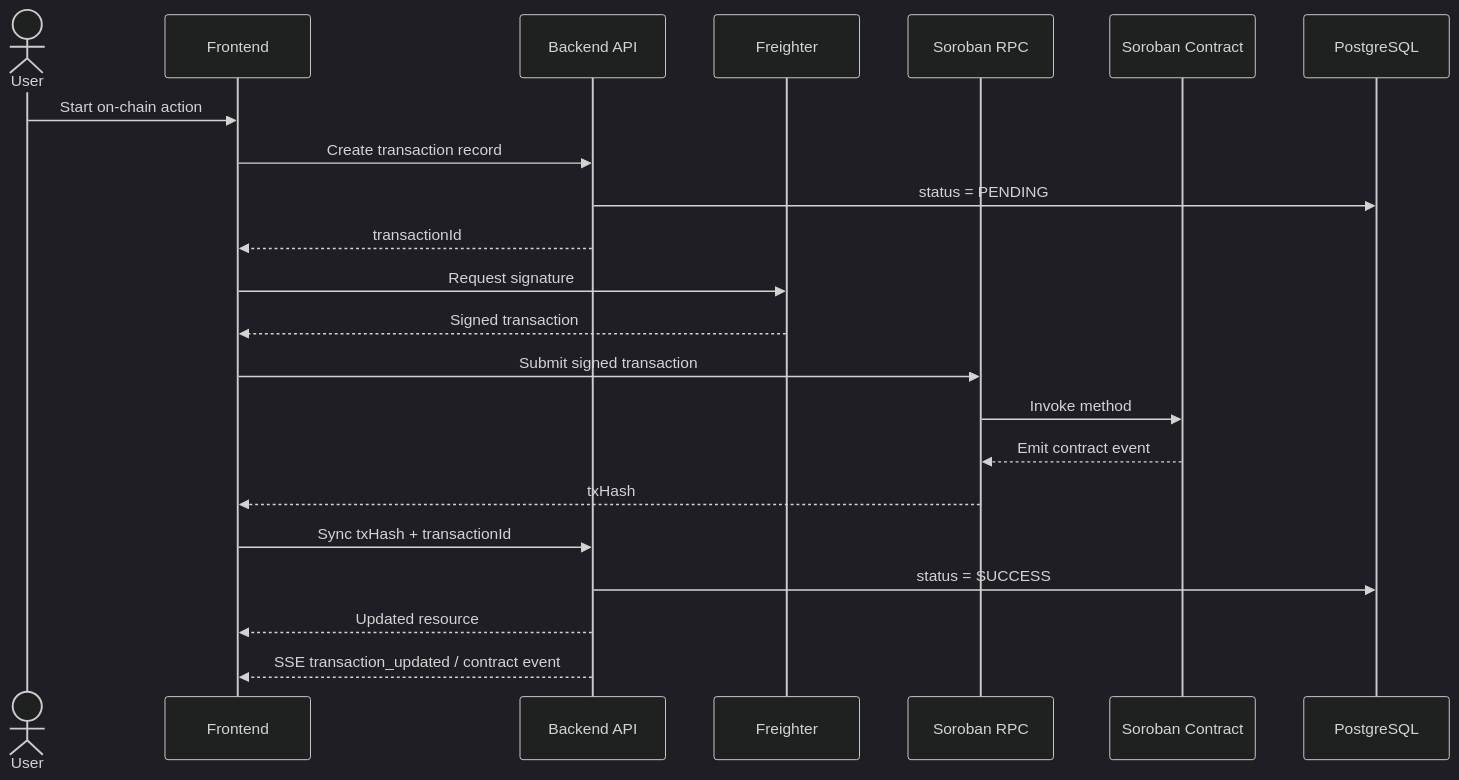
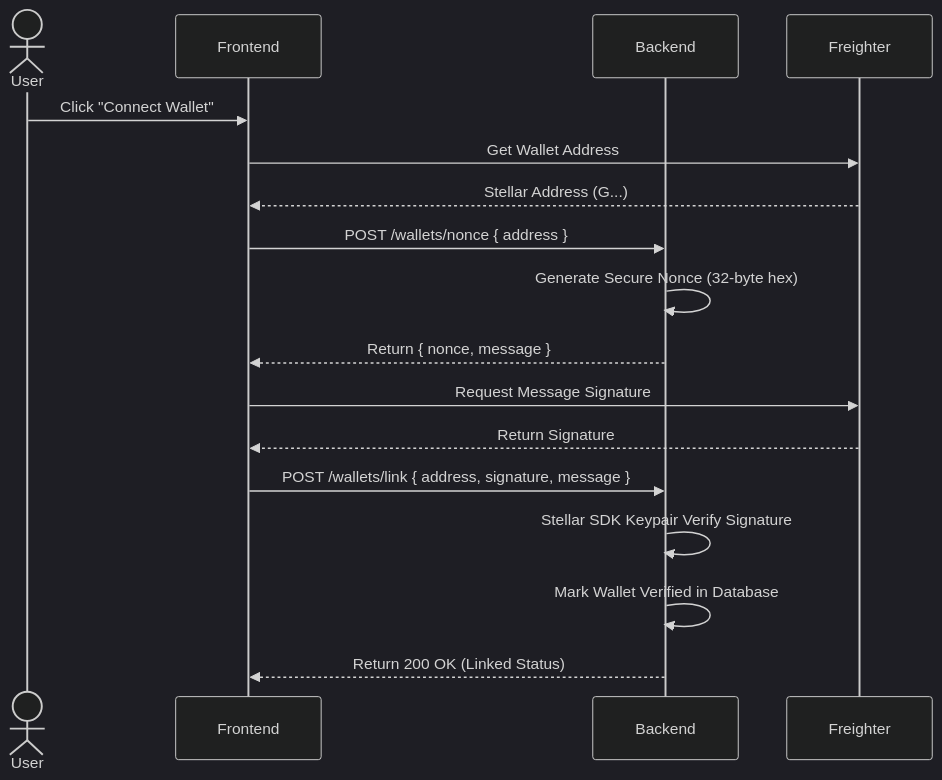
Before and after one commit to TheAnh1404/BugChain: the third of 9 diagrams in README.md, drawn with Mermaid (dark theme). The commit also changed other lines of this file, not shown here.

Commit message:
Update README.md with professional Stellar structure

````diff
--- a/README.md
+++ b/README.md
@@ -74,25 +155,20 @@
 ```mermaid
 sequenceDiagram
     actor User
-    participant UI as Frontend
-    participant API as Backend API
-    participant Wallet as Freighter
-    participant RPC as Soroban RPC
-    participant Contract as Soroban Contract
-    participant DB as PostgreSQL
+    participant Frontend
+    participant Backend
+    participant Freighter
 
-    User->>UI: Start on-chain action
-    UI->>API: Create transaction record
-    API->>DB: status = PENDING
-    API-->>UI: transactionId
-    UI->>Wallet: Request signature
-    Wallet-->>UI: Signed transaction
-    UI->>RPC: Submit signed transaction
-    RPC->>Contract: Invoke method
-    Contract-->>RPC: Emit contract event
-    RPC-->>UI: txHash
-    UI->>API: Sync txHash + transactionId
-    API->>DB: status = SUCCESS
-    API-->>UI: Updated resource
-    API-->>UI: SSE transaction_updated / contract event
+    User->>Frontend: Click "Connect Wallet"
+    Frontend->>Freighter: Get Wallet Address
+    Freighter-->>Frontend: Stellar Address (G...)
+    Frontend->>Backend: POST /wallets/nonce { address }
+    Backend->>Backend: Generate Secure Nonce (32-byte hex)
+    Backend-->>Frontend: Return { nonce, message }
+    Frontend->>Freighter: Request Message Signature
+    Freighter-->>Frontend: Return Signature
+    Frontend->>Backend: POST /wallets/link { address, signature, message }
+    Backend->>Backend: Stellar SDK Keypair Verify Signature
+    Backend->>Backend: Mark Wallet Verified in Database
+    Backend-->>Frontend: Return 200 OK (Linked Status)
 ```
````
